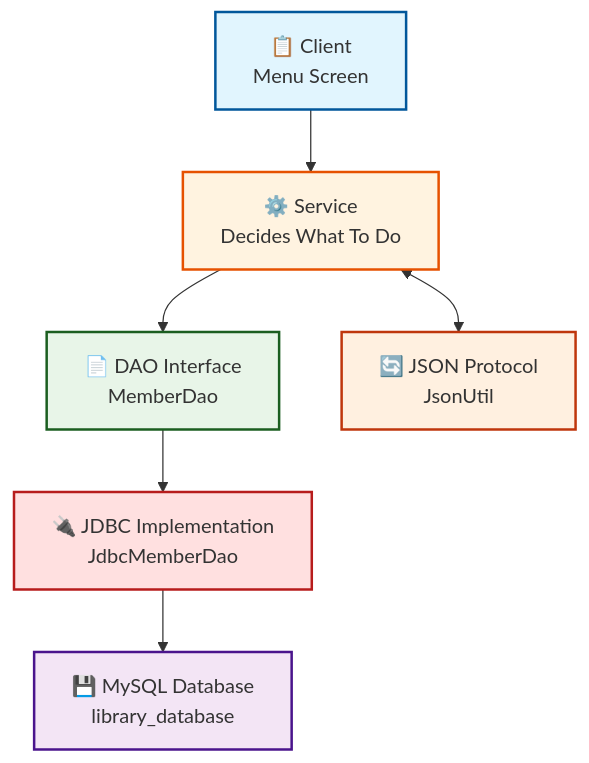
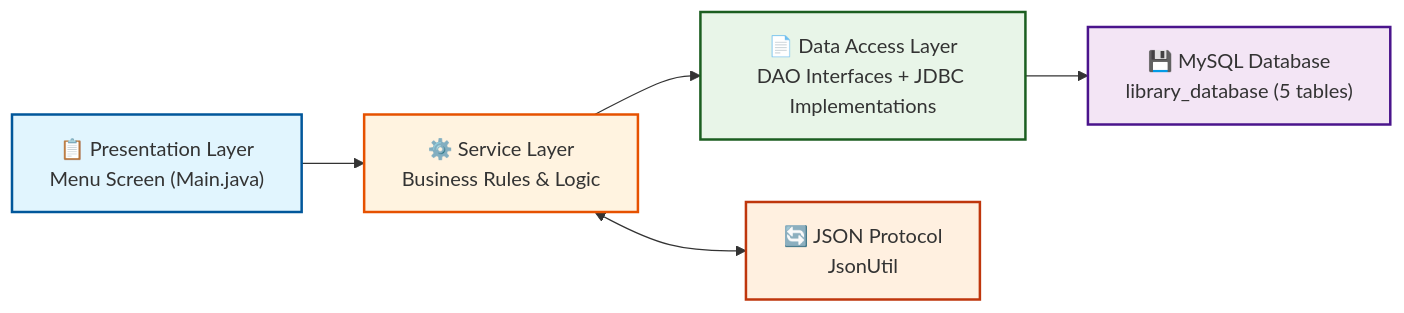
The diagram in README.md (AliJay2025/CA2-Library-DAO), drawn with Mermaid before and after one commit. The commit also changed other lines of this file, not shown here.

Commit message:
Creating README to show what the project is about

````diff
--- a/README.md
+++ b/README.md
@@ -11,15 +11,14 @@
 ```mermaid
-graph TD
-    Client["📋 Client <br/> Menu Screen"] --> Service["⚙️ Service <br/>Decides What To Do"]
-    Service --> DAO["📄 DAO Interface<br/>MemberDao"]
-    DAO --> JDBC["🔌 JDBC Implementation<br/>JdbcMemberDao"]
-    JDBC --> DB["💾 MySQL Database<br/>library_database"]
-    Service <--> JSON["🔄 JSON Protocol<br/>JsonUtil"]
+flowchart LR
+  UI["📋 Presentation Layer<br/>Menu Screen (Main.java)"] --> S["⚙️ Service Layer<br/>Business Rules & Logic"]
+  S --> D["📄 Data Access Layer<br/>DAO Interfaces + JDBC Implementations"]
+  D --> DB["💾 MySQL Database<br/>library_database (5 tables)"]
+  
+  S <--> JSON["🔄 JSON Protocol<br/>JsonUtil"]
 
-    style Client fill:#e1f5fe,stroke:#01579b,stroke-width:2px
-    style Service fill:#fff3e0,stroke:#e65100,stroke-width:2px
-    style DAO fill:#e8f5e8,stroke:#1b5e20,stroke-width:2px
-    style JDBC fill:#ffe0e0,stroke:#b71c1c,stroke-width:2px
-    style DB fill:#f3e5f5,stroke:#4a148c,stroke-width:2px
-    style JSON fill:#fff0e0,stroke:#bf360c,stroke-width:2px
+  style UI fill:#e1f5fe,stroke:#01579b,stroke-width:2px
+  style S fill:#fff3e0,stroke:#e65100,stroke-width:2px
+  style D fill:#e8f5e8,stroke:#1b5e20,stroke-width:2px
+  style DB fill:#f3e5f5,stroke:#4a148c,stroke-width:2px
+  style JSON fill:#fff0e0,stroke:#bf360c,stroke-width:2px
 ```
````
